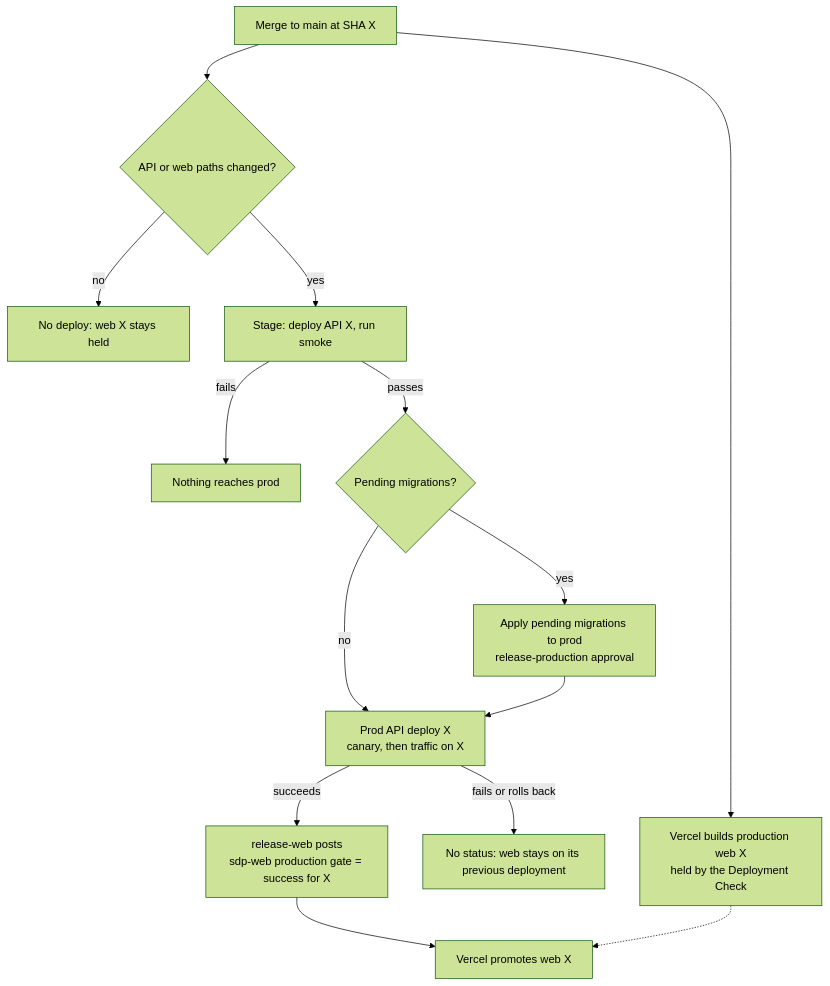
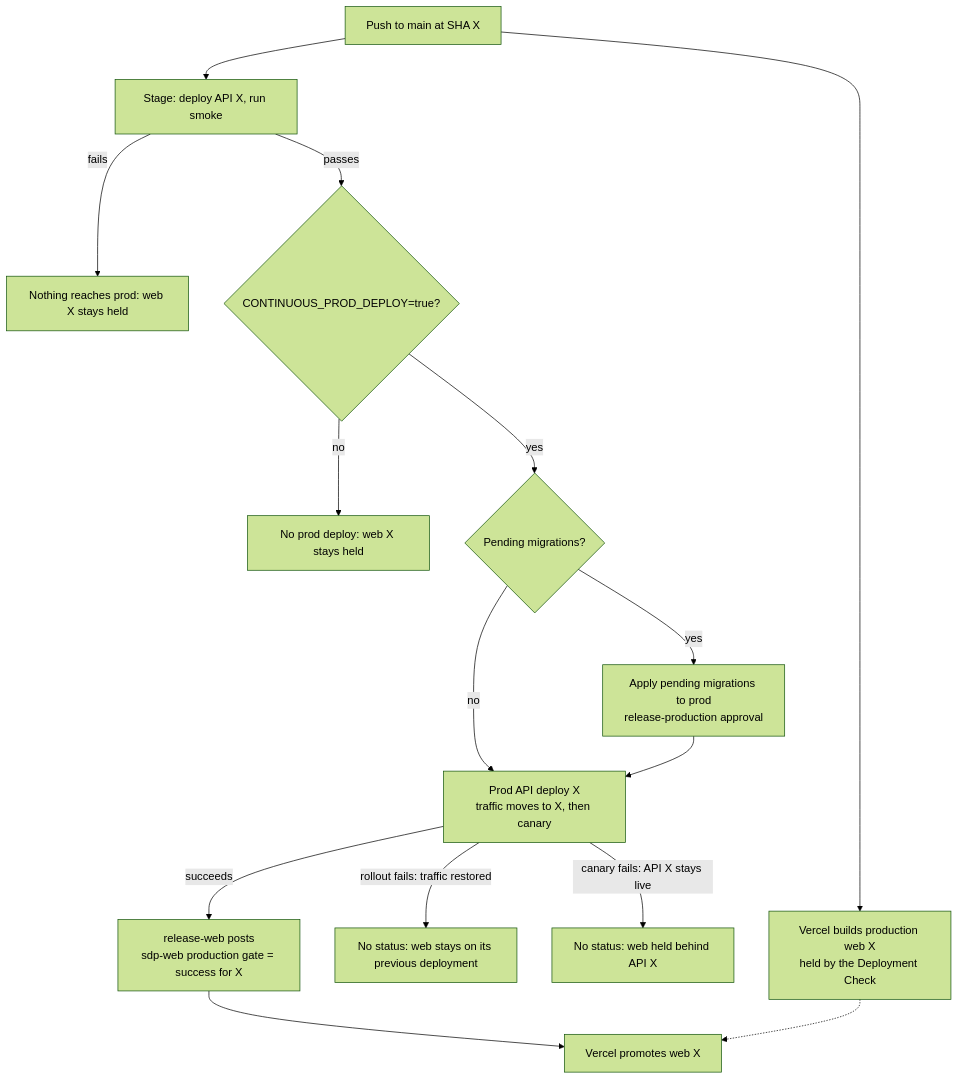
One commit to solana-foundation/solana-developer-platform changed the diagram in docs/ops/release-operations.md. Above: the diagram before and after it, drawn with Mermaid (forest theme). The commit also changed other lines of this file and 6 other files, not shown here.

First line of the commit message:
ci(web): fix the gate release condition and route every push through one prod path

````diff
--- a/docs/ops/release-operations.md
+++ b/docs/ops/release-operations.md
@@ -20,16 +19,17 @@
 ```mermaid
 flowchart TD
-  M["Merge to main at SHA X"] --> WB["Vercel builds production web X<br/>held by the Deployment Check"]
-  M --> CH{"API or web paths changed?"}
-  CH -- no --> H0["No deploy: web X stays held"]
-  CH -- yes --> ST["Stage: deploy API X, run smoke"]
-  ST -- fails --> H1["Nothing reaches prod"]
-  ST -- passes --> SC{"Pending migrations?"}
+  M["Push to main at SHA X"] --> WB["Vercel builds production web X<br/>held by the Deployment Check"]
+  M --> ST["Stage: deploy API X, run smoke"]
+  ST -- fails --> H1["Nothing reaches prod: web X stays held"]
+  ST -- passes --> KS{"CONTINUOUS_PROD_DEPLOY=true?"}
+  KS -- no --> H0["No prod deploy: web X stays held"]
+  KS -- yes --> SC{"Pending migrations?"}
   SC -- yes --> AP["Apply pending migrations to prod<br/>release-production approval"]
-  SC -- no --> PD["Prod API deploy X<br/>canary, then traffic on X"]
+  SC -- no --> PD["Prod API deploy X<br/>traffic moves to X, then canary"]
   AP --> PD
-  PD -- fails or rolls back --> H2["No status: web stays on its previous deployment"]
+  PD -- "rollout fails: traffic restored" --> H2["No status: web stays on its previous deployment"]
+  PD -- "canary fails: API X stays live" --> H3["No status: web held behind API X"]
   PD -- succeeds --> RW["release-web posts<br/>sdp-web production gate = success for X"]
   RW --> VP["Vercel promotes web X"]
   WB -.-> VP
 ```
````
